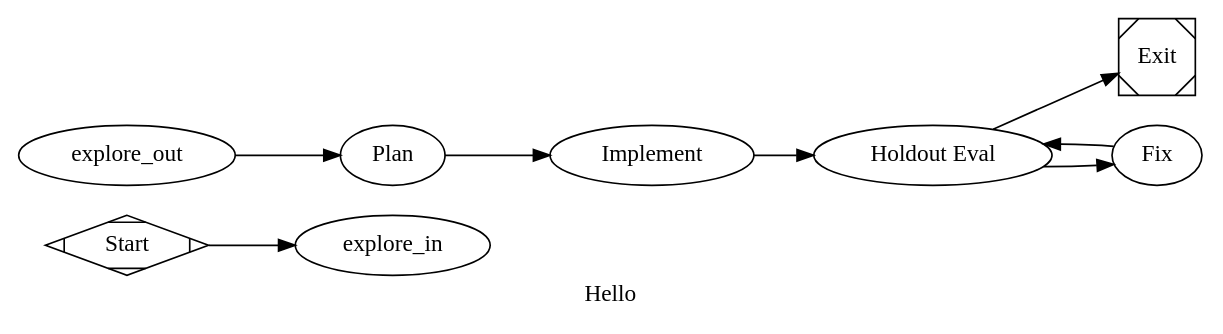
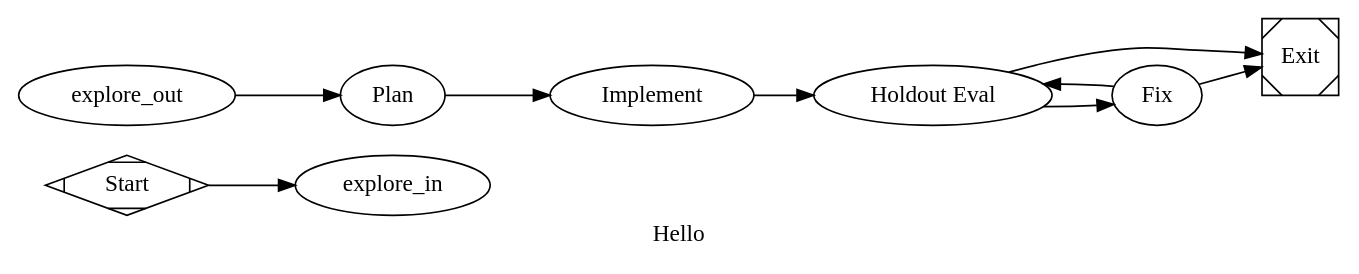
The diagram in pipelines/factory/hello.dot (jleechanorg/dark-factory), drawn with Graphviz before and after one commit. The commit also changed 4 other files, not shown here.

First line of the commit message:
feat(pipelines): graph loop-bound hygiene + explore rollout (factory/*)

```diff
--- a/pipelines/factory/hello.dot
+++ b/pipelines/factory/hello.dot
@@ -1,26 +1,27 @@
 digraph hello {
     graph [
         include="@pipelines/_base.dot",
         goal="Minimal smoke pipeline — explore, plan, implement, holdout-eval, exit."
         label="Hello"
     ]
     rankdir=LR
 
     start [shape=Mdiamond, label="Start"]
     exit  [shape=Msquare,  label="Exit"]
 
     // _base.dot provides: explore_in, explore_fanout, explore_{concept,auth,
     // reuse,risks}, explore_join, explore_out.
 
     plan      [type="codergen", label="Plan",      prompt="@prompts/hello/plan.md"]
     implement [type="codergen", label="Implement", prompt="@prompts/hello/implement.md"]
     holdout   [type="holdout_eval", label="Holdout Eval", feature="hello"]
     fix       [type="codergen", label="Fix",       prompt="@prompts/hello/fix.md", max_visits="3"]
 
     start       -> explore_in
     explore_out -> plan
     plan        -> implement -> holdout
     holdout     -> exit [condition="outcome=success"]
     holdout     -> fix  [condition="outcome!=success"]
     fix         -> holdout
+    fix         -> exit [condition="outcome=exhausted"]
 }
```
